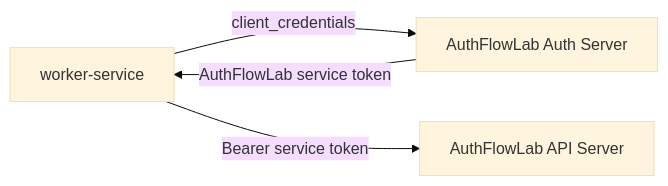
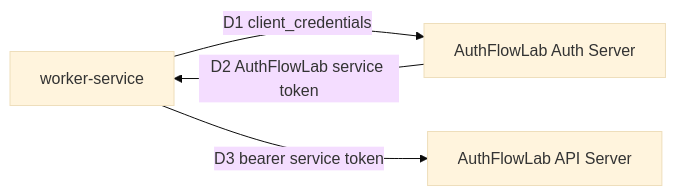
One commit to haoyucheng369-gif/EnterpriseIdentityPlatform changed the second of 2 diagrams in README.md. Above: the diagram before and after it, drawn with Mermaid (base theme). The commit also changed other lines of this file, not shown here.

Commit message:
Label README auth flow steps

````diff
--- a/README.md
+++ b/README.md
@@ -55,10 +61,10 @@
 ```mermaid
 flowchart LR
     Worker[worker-service]
     Auth[AuthFlowLab Auth Server]
     API[AuthFlowLab API Server]
 
-    Worker -->|client_credentials| Auth
-    Auth -->|AuthFlowLab service token| Worker
-    Worker -->|Bearer service token| API
+    Worker -->|D1 client_credentials| Auth
+    Auth -->|D2 AuthFlowLab service token| Worker
+    Worker -->|D3 bearer service token| API
 ```
````
